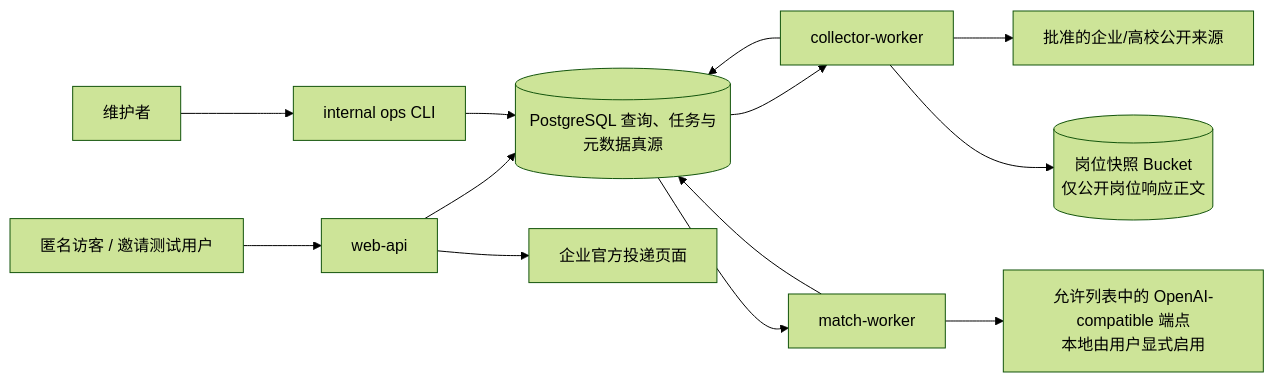
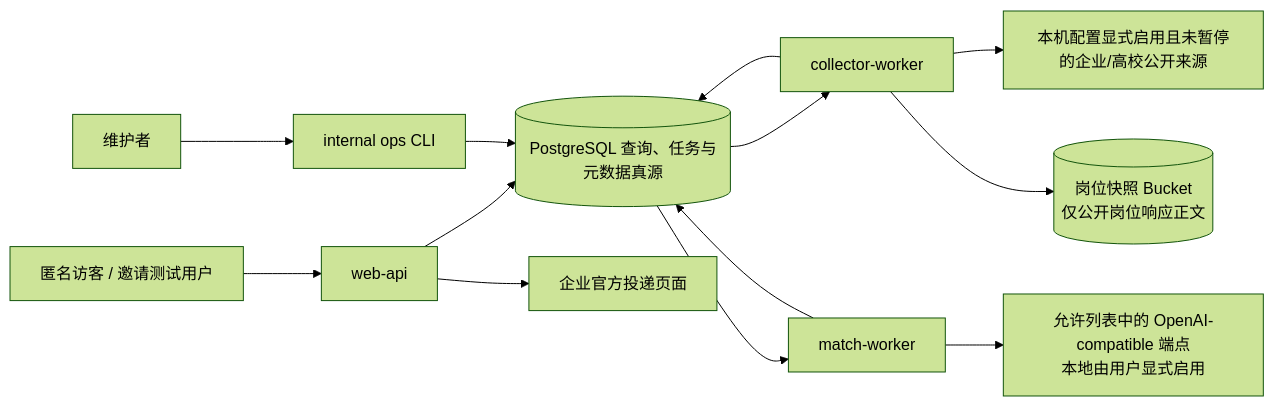
One commit to CodeVoyager21932/Aijob changed the diagram in docs/05-system-architecture.md. Above: the diagram before and after it, drawn with Mermaid (forest theme). The commit also changed other lines of this file and 4 other files, not shown here.

````diff
--- a/docs/05-system-architecture.md
+++ b/docs/05-system-architecture.md
@@ -21,15 +23,15 @@
 ```mermaid
 flowchart LR
     U["匿名访客 / 邀请测试用户"] --> W["web-api"]
     W --> P[("PostgreSQL 查询、任务与元数据真源")]
     O["维护者"] --> C["internal ops CLI"]
     C --> P
     P --> CW["collector-worker"]
-    CW --> S["批准的企业/高校公开来源"]
+    CW --> S["本机配置显式启用且未暂停的企业/高校公开来源"]
     CW --> B[("岗位快照 Bucket\n仅公开岗位响应正文")]
     CW --> P
     P --> MW["match-worker"]
     MW --> A["允许列表中的 OpenAI-compatible 端点\n本地由用户显式启用"]
     MW --> P
     W --> J["企业官方投递页面"]
 ```
````
